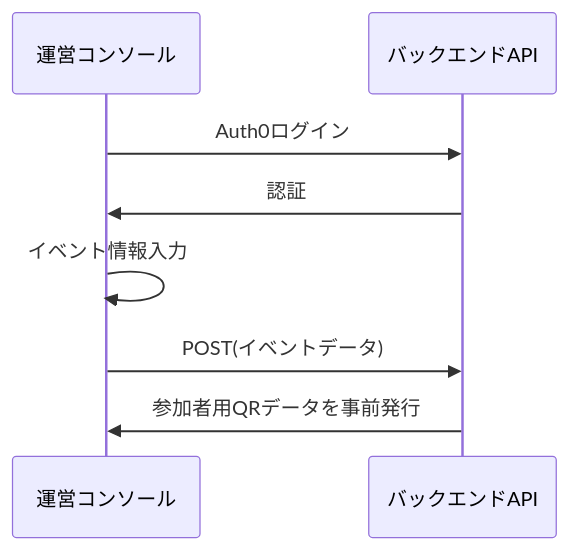
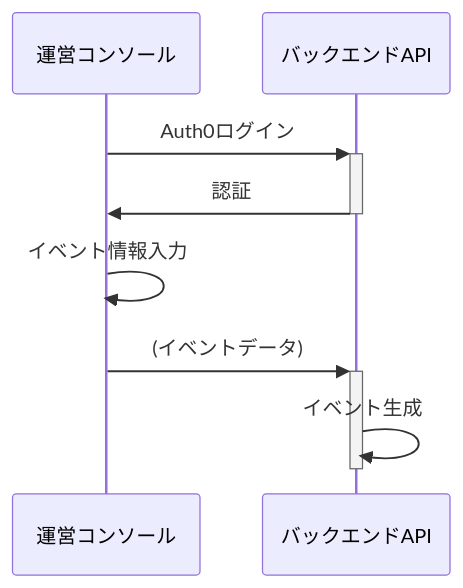
The first of 13 diagrams in docs/sequence/admin.md (after-school-garbage-squad/repaint-architecture), drawn with Mermaid before and after one commit. The commit also changed other lines of this file and 3 other files, not shown here.

````diff
--- a/docs/sequence/admin.md
+++ b/docs/sequence/admin.md
@@ -7,11 +7,11 @@
 ```mermaid
 sequenceDiagram
     participant web as 運営コンソール
     participant back as バックエンドAPI
-    web ->> back: Auth0ログイン
-    back ->> web: 認証
+    web ->>+ back: Auth0ログイン
+    back ->>- web: 認証
     web ->> web: イベント情報入力
-    web ->> back: POST(イベントデータ)
-    back ->> web: 参加者用QRデータを事前発行
+    web ->>+ back: (イベントデータ)
+    back ->>- back: イベント生成
     
 ```
````
